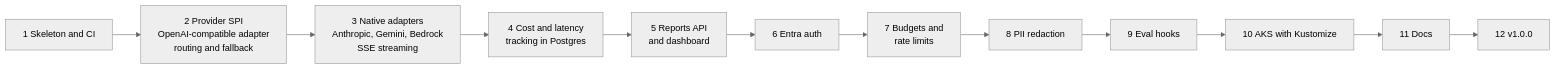
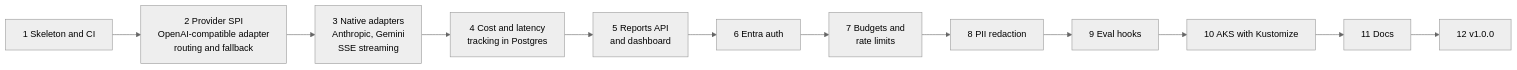
Before and after one commit to rmkr-dev/rag-eval-gateway: the diagram in docs/roadmap.md, drawn with Mermaid (neutral theme). The commit also changed other lines of this file and 37 other files, not shown here.

First line of the commit message:
Add native Anthropic and Gemini adapters and streaming

````diff
--- a/docs/roadmap.md
+++ b/docs/roadmap.md
@@ -3,14 +3,14 @@
 ```mermaid
 flowchart LR
     A[1 Skeleton and CI] --> B[2 Provider SPI<br/>OpenAI-compatible adapter<br/>routing and fallback]
-    B --> C[3 Native adapters<br/>Anthropic, Gemini, Bedrock<br/>SSE streaming]
+    B --> C[3 Native adapters<br/>Anthropic, Gemini<br/>SSE streaming]
     C --> D[4 Cost and latency<br/>tracking in Postgres]
     D --> E[5 Reports API<br/>and dashboard]
     E --> F[6 Entra auth]
     F --> G[7 Budgets and<br/>rate limits]
     G --> H[8 PII redaction]
     H --> I[9 Eval hooks]
     I --> J[10 AKS with Kustomize]
     J --> K[11 Docs]
     K --> L[12 v1.0.0]
 ```
````
